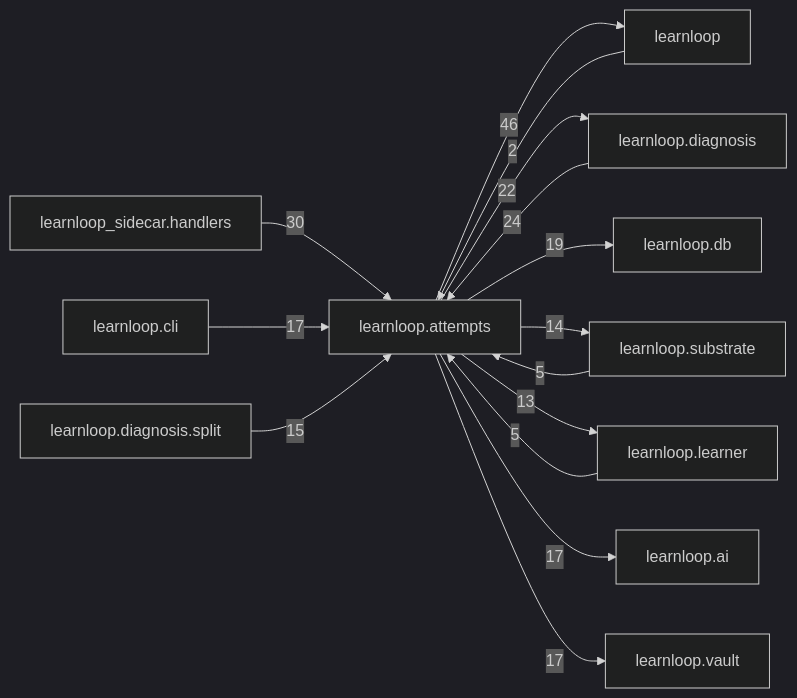
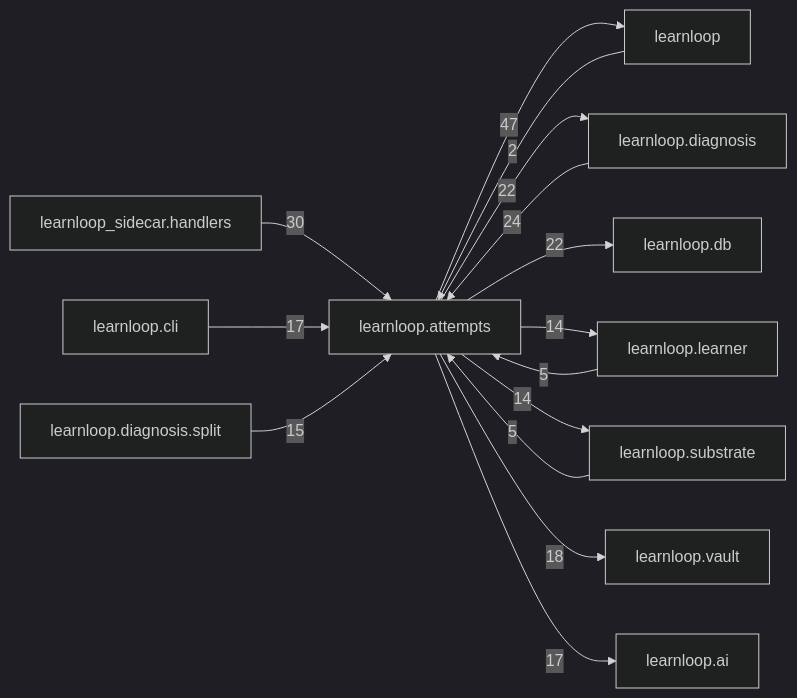
The diagram in docs/learnloop-architecture-vault/Reference/Modules/learnloop/attempts/_package.md (6up-b/learnanything), drawn with Mermaid (dark theme) before and after one commit. The commit also changed other lines of this file and 40 other files, not shown here.

````diff
--- a/docs/learnloop-architecture-vault/Reference/Modules/learnloop/attempts/_package.md
+++ b/docs/learnloop-architecture-vault/Reference/Modules/learnloop/attempts/_package.md
@@ -175,28 +177,28 @@
 ```mermaid
 flowchart LR
     center["learnloop.attempts"]
     n_learnloop["learnloop"]
     n_learnloop_diagnosis["learnloop.diagnosis"]
     n_learnloop_sidecar_handlers["learnloop_sidecar.handlers"]
     n_learnloop_db["learnloop.db"]
+    n_learnloop_learner["learnloop.learner"]
     n_learnloop_substrate["learnloop.substrate"]
-    n_learnloop_learner["learnloop.learner"]
+    n_learnloop_vault["learnloop.vault"]
     n_learnloop_ai["learnloop.ai"]
     n_learnloop_cli["learnloop.cli"]
-    n_learnloop_vault["learnloop.vault"]
     n_learnloop_diagnosis_split["learnloop.diagnosis.split"]
     n_learnloop -->|2| center
-    center -->|46| n_learnloop
+    center -->|47| n_learnloop
     n_learnloop_diagnosis -->|24| center
     center -->|22| n_learnloop_diagnosis
     n_learnloop_sidecar_handlers -->|30| center
-    center -->|19| n_learnloop_db
+    center -->|22| n_learnloop_db
+    n_learnloop_learner -->|5| center
+    center -->|14| n_learnloop_learner
     n_learnloop_substrate -->|5| center
     center -->|14| n_learnloop_substrate
-    n_learnloop_learner -->|5| center
-    center -->|13| n_learnloop_learner
+    center -->|18| n_learnloop_vault
     center -->|17| n_learnloop_ai
     n_learnloop_cli -->|17| center
-    center -->|17| n_learnloop_vault
     n_learnloop_diagnosis_split -->|15| center
 ```
````
